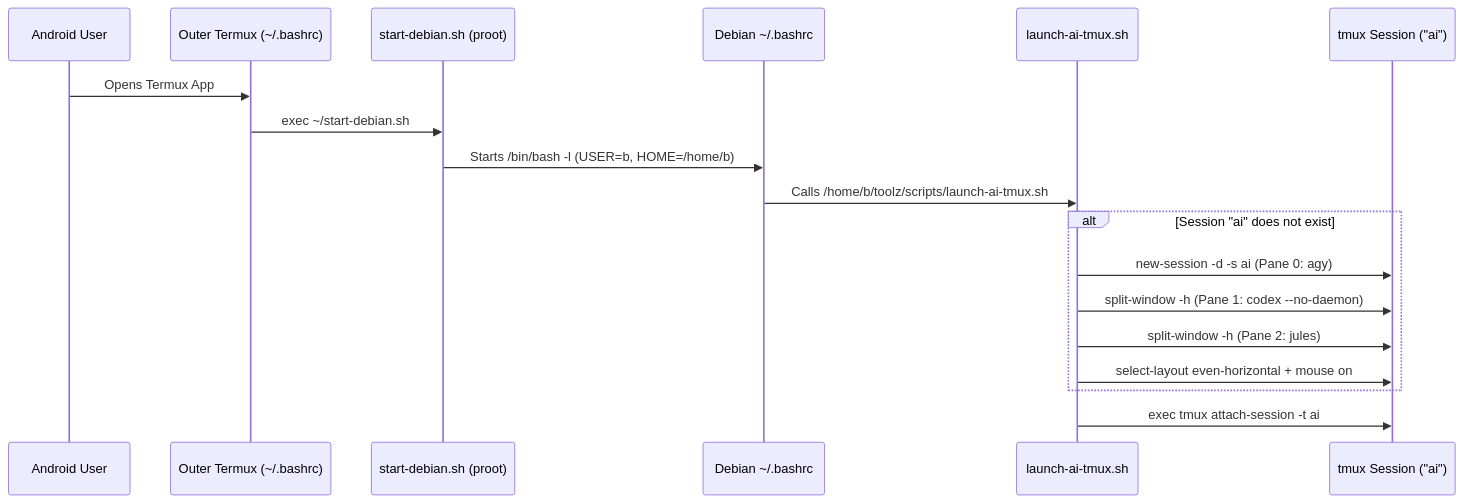
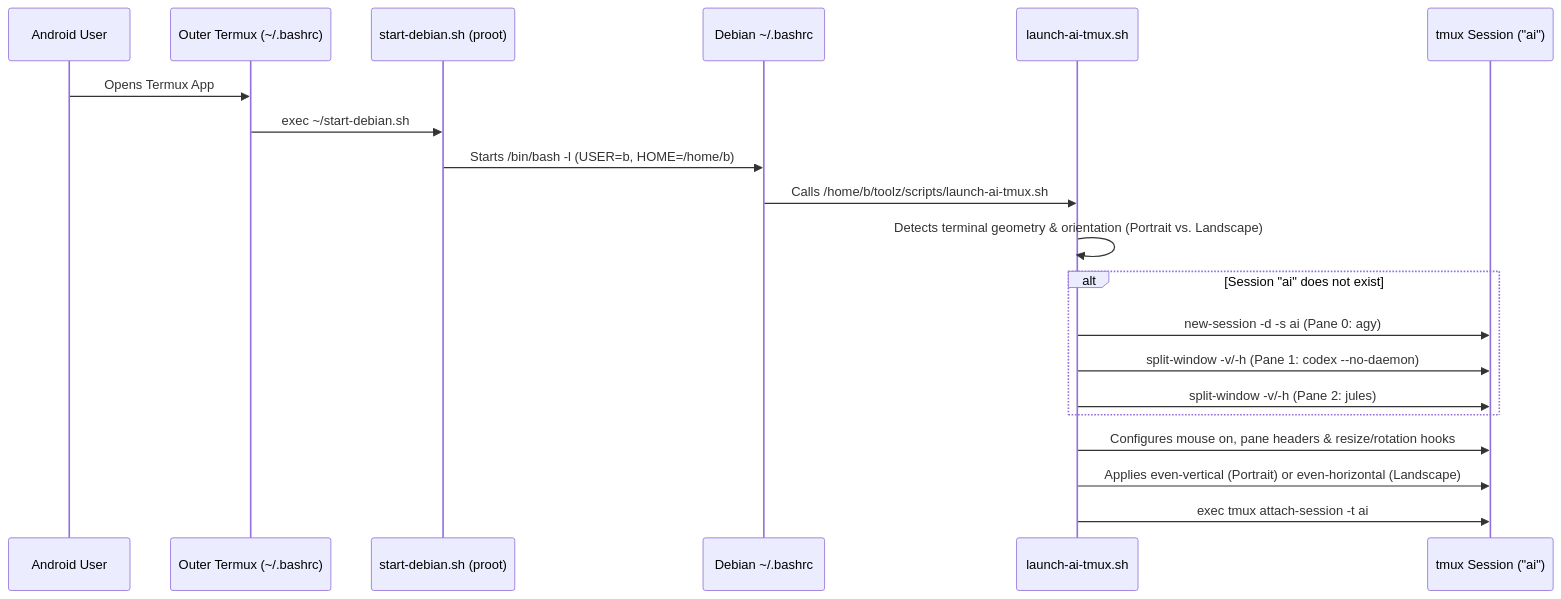
One commit to bmifsud/toolz changed the diagram in docs/Architecture-and-How-It-Works.md. Above: the diagram before and after it, drawn with Mermaid. The commit also changed other lines of this file and 7 other files, not shown here.

Commit message:
Support portrait orientation by stacking tmux panes vertically (even-vertical) and auto-switching on resize

````diff
--- a/docs/Architecture-and-How-It-Works.md
+++ b/docs/Architecture-and-How-It-Works.md
@@ -9,21 +9,23 @@
 ```mermaid
 sequenceDiagram
     participant User as Android User
     participant Termux as Outer Termux (~/.bashrc)
     participant Proot as start-debian.sh (proot)
     participant DebBash as Debian ~/.bashrc
     participant Launcher as launch-ai-tmux.sh
     participant Tmux as tmux Session ("ai")
 
     User->>Termux: Opens Termux App
     Termux->>Proot: exec ~/start-debian.sh
     Proot->>DebBash: Starts /bin/bash -l (USER=b, HOME=/home/b)
     DebBash->>Launcher: Calls /home/b/toolz/scripts/launch-ai-tmux.sh
+    Launcher->>Launcher: Detects terminal geometry & orientation (Portrait vs. Landscape)
     alt Session "ai" does not exist
         Launcher->>Tmux: new-session -d -s ai (Pane 0: agy)
-        Launcher->>Tmux: split-window -h (Pane 1: codex --no-daemon)
-        Launcher->>Tmux: split-window -h (Pane 2: jules)
-        Launcher->>Tmux: select-layout even-horizontal + mouse on
+        Launcher->>Tmux: split-window -v/-h (Pane 1: codex --no-daemon)
+        Launcher->>Tmux: split-window -v/-h (Pane 2: jules)
     end
+    Launcher->>Tmux: Configures mouse on, pane headers & resize/rotation hooks
+    Launcher->>Tmux: Applies even-vertical (Portrait) or even-horizontal (Landscape)
     Launcher->>Tmux: exec tmux attach-session -t ai
 ```
````
